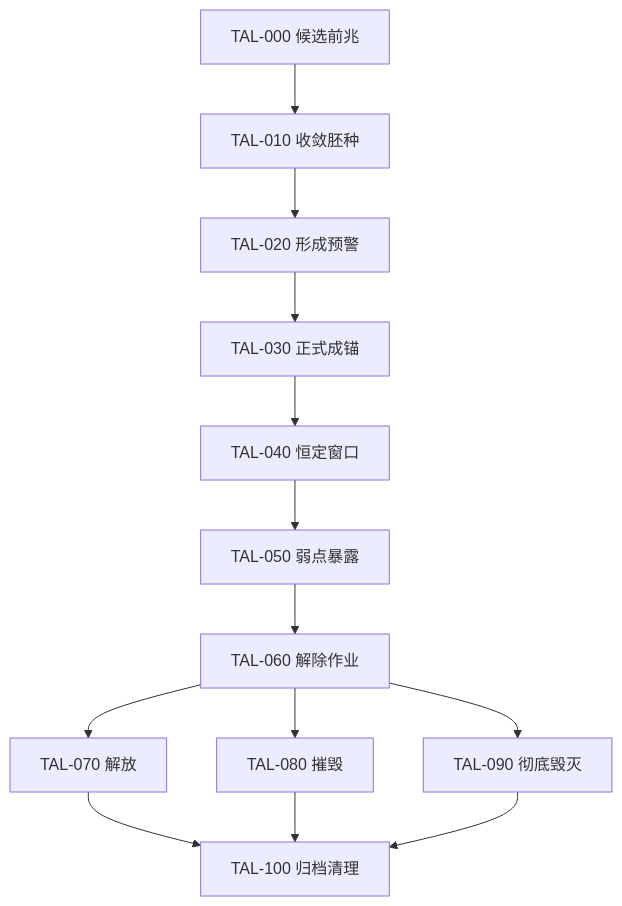
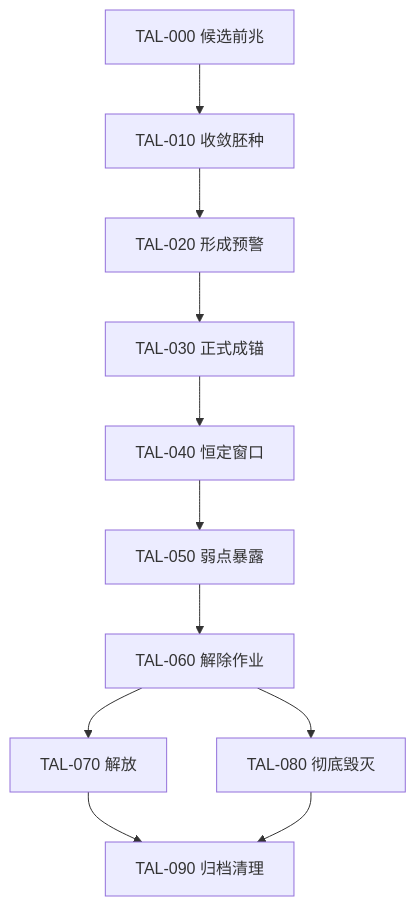
The diagram in docs/mechanics/aemusa_terminal_anchor_lifecycle_blueprint_v1.0.md (rtgd4652/ppt), drawn with Mermaid before and after one commit. The commit also changed other lines of this file and 1 other file, not shown here.

````diff
--- a/docs/mechanics/aemusa_terminal_anchor_lifecycle_blueprint_v1.0.md
+++ b/docs/mechanics/aemusa_terminal_anchor_lifecycle_blueprint_v1.0.md
@@ -270,15 +262,13 @@
 ```mermaid
 flowchart TD
     A["TAL-000 候选前兆"] --> B["TAL-010 收敛胚种"]
     B --> C["TAL-020 形成预警"]
     C --> D["TAL-030 正式成锚"]
     D --> E["TAL-040 恒定窗口"]
     E --> F["TAL-050 弱点暴露"]
     F --> G["TAL-060 解除作业"]
     G --> H["TAL-070 解放"]
-    G --> I["TAL-080 摧毁"]
-    G --> J["TAL-090 彻底毁灭"]
-    H --> K["TAL-100 归档清理"]
-    I --> K
-    J --> K
+    G --> I["TAL-080 彻底毁灭"]
+    H --> J["TAL-090 归档清理"]
+    I --> J
 ```
````
